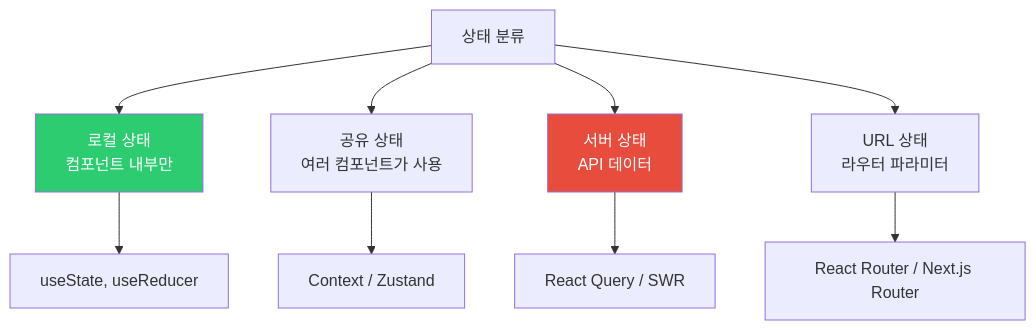
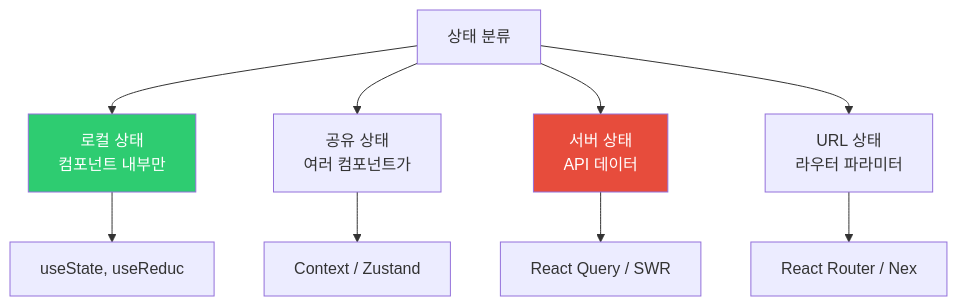
One commit to yjkim2015/yjkim2015.github.io changed the fourth of 7 diagrams in _posts/frontend/2026-05-02-frontend-architecture.md. Above: the diagram before and after it, drawn with Mermaid. The commit also changed other lines of this file and 271 other files, not shown here.

First line of the commit message:
Mermaid 라벨 축소: 긴 노드 텍스트 18자 이하로 트림 + \n 제거

````diff
--- a/_posts/frontend/2026-05-02-frontend-architecture.md
+++ b/_posts/frontend/2026-05-02-frontend-architecture.md
@@ -179,13 +179,13 @@
 ```mermaid
 graph TD
     STATE["상태 분류"] --> LOCAL["로컬 상태<br>컴포넌트 내부만"]
-    STATE --> SHARED["공유 상태<br>여러 컴포넌트가 사용"]
+    STATE --> SHARED["공유 상태<br>여러 컴포넌트가"]
     STATE --> SERVER["서버 상태<br>API 데이터"]
     STATE --> URL["URL 상태<br>라우터 파라미터"]
-    LOCAL --> USESTATE["useState, useReducer"]
+    LOCAL --> USESTATE["useState, useReduc"]
     SHARED --> CONTEXT["Context / Zustand"]
     SERVER --> RQ["React Query / SWR"]
-    URL --> ROUTER["React Router / Next.js Router"]
+    URL --> ROUTER["React Router / Nex"]
     style LOCAL fill:#2ecc71,color:#fff
     style SERVER fill:#e74c3c,color:#fff
 ```
````
